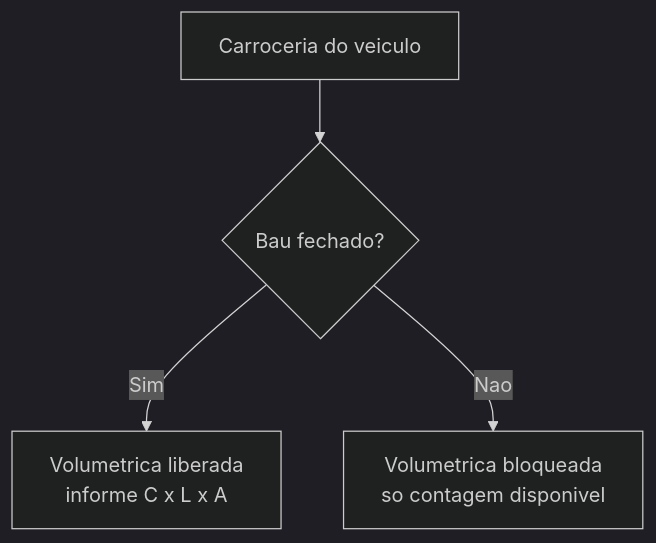
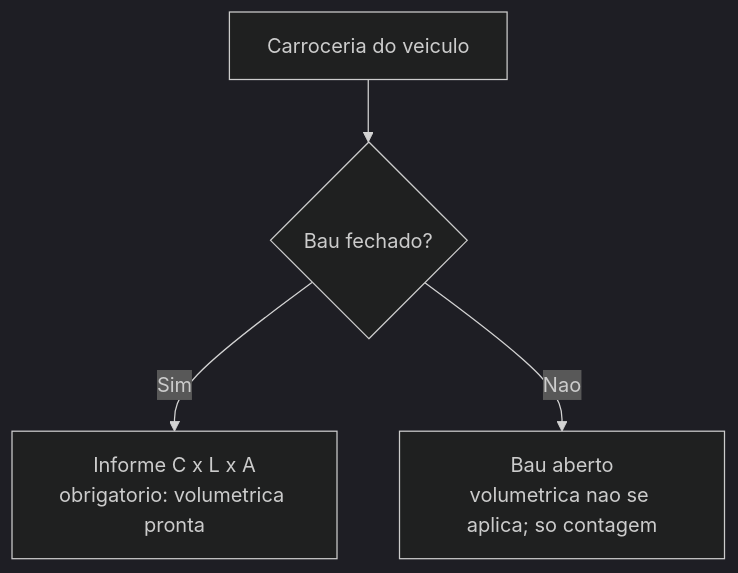
Before and after one commit to LocFlowTeam/locflow-docs: the diagram in cadastros/frota-capacidade.md, drawn with Mermaid (dark theme). The commit also changed other lines of this file and 2 other files, not shown here.

````diff
--- a/cadastros/frota-capacidade.md
+++ b/cadastros/frota-capacidade.md
@@ -77,6 +73,6 @@
 ```mermaid
 flowchart TD
     A[Carroceria do veiculo] --> B{Bau fechado?}
-    B -- Sim --> C[Volumetrica liberada<br/>informe C x L x A]
-    B -- Nao --> D[Volumetrica bloqueada<br/>so contagem disponivel]
+    B -- Sim --> C[Informe C x L x A<br/>obrigatorio: volumetrica pronta]
+    B -- Nao --> D[Bau aberto<br/>volumetrica nao se aplica; so contagem]
 ```
````
